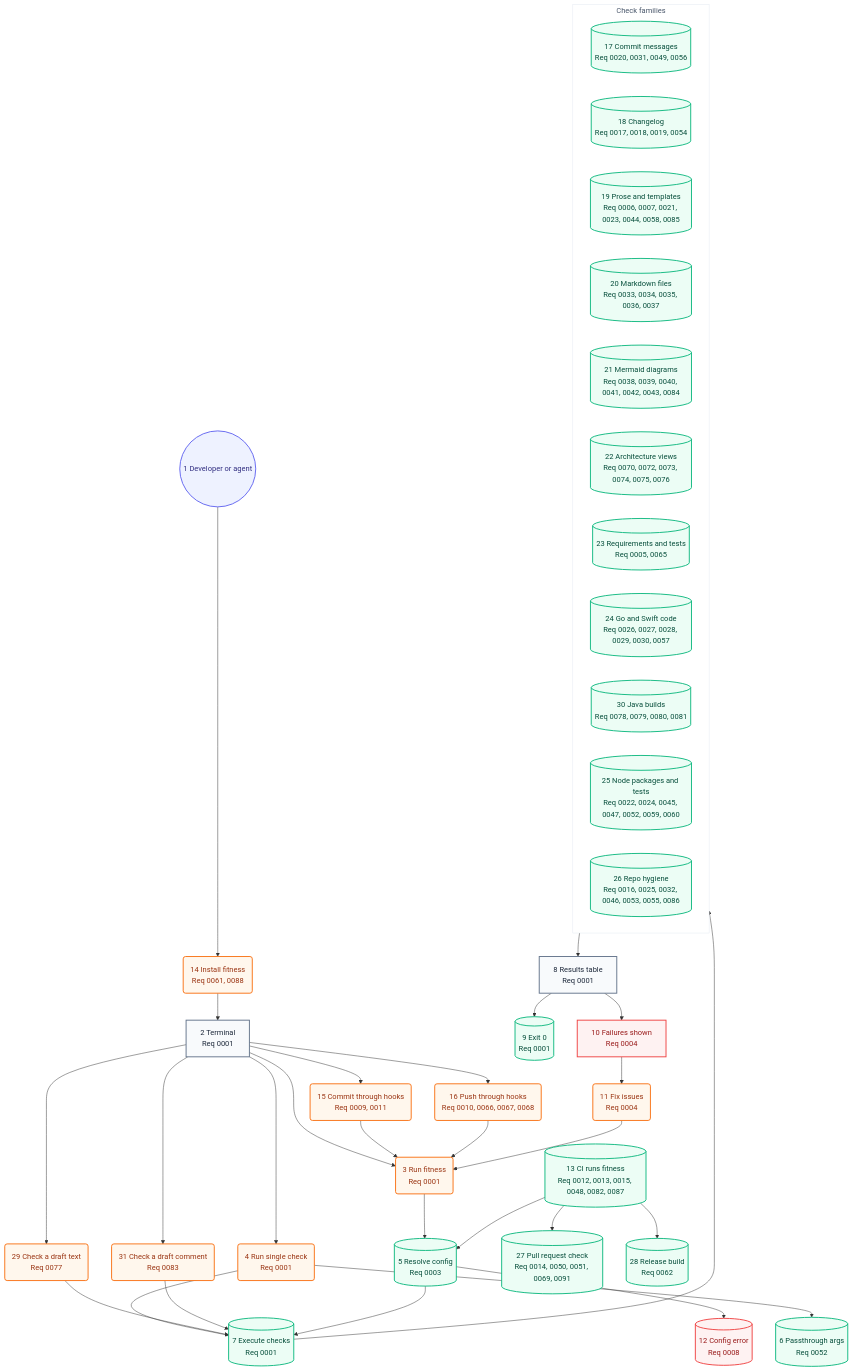
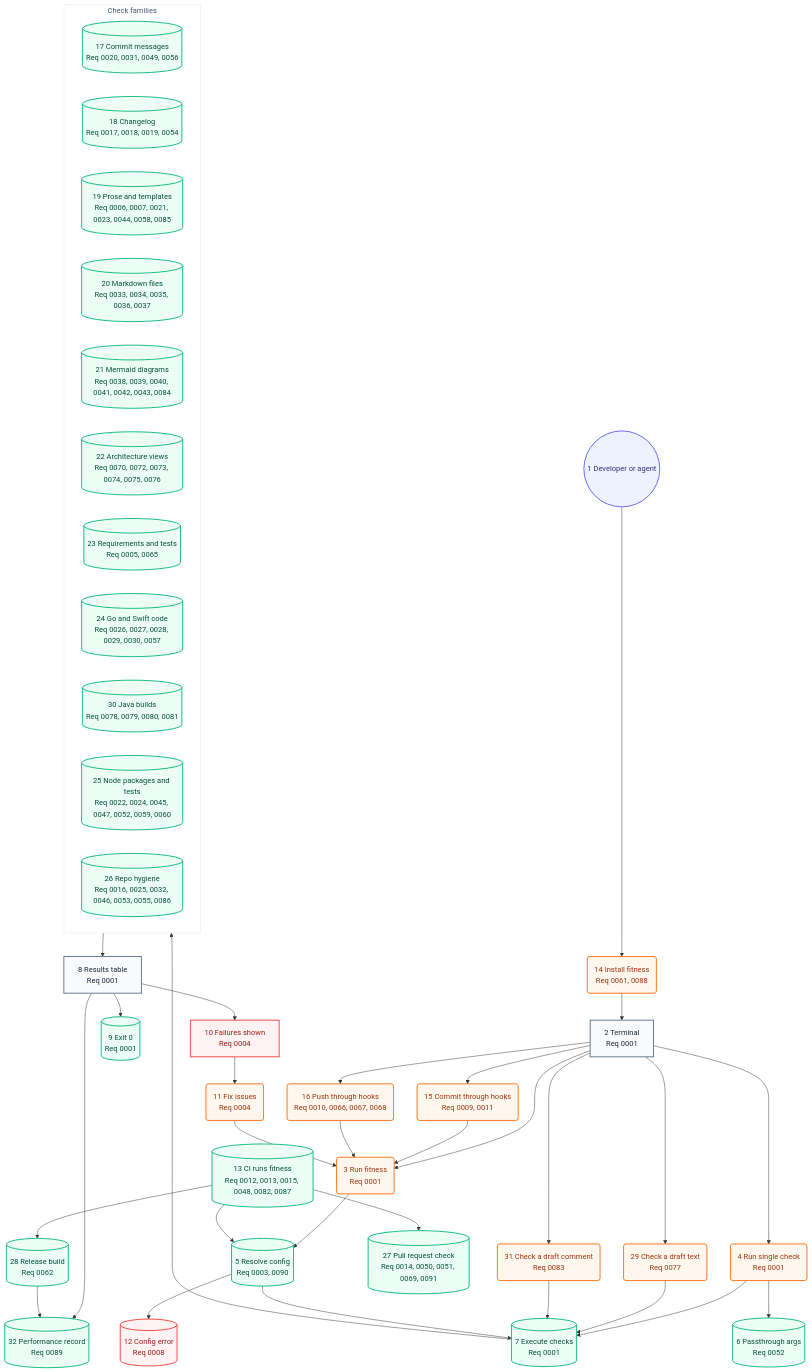
One commit to may-journal/fitness-runner changed the second of 2 diagrams in docs/architecture/05-user-journey.md. Above: the diagram before and after it, drawn with Mermaid. The commit also changed other lines of this file and 42 other files, not shown here.

First line of the commit message:
feat(fitness): record check performance, draw a box diagram, run local checks (#355)

````diff
--- a/docs/architecture/05-user-journey.md
+++ b/docs/architecture/05-user-journey.md
@@ -40,73 +40,76 @@
 ```mermaid
 flowchart TB
     dev((1 Developer or agent)):::persona
     install(14 Install fitness<br/>Req 0061, 0088):::action
     terminal[2 Terminal<br/>Req 0001]:::screen
     runFull(3 Run fitness<br/>Req 0001):::action
     runSingle(4 Run single check<br/>Req 0001):::action
     runBlob(29 Check a draft text<br/>Req 0077):::action
     runComment(31 Check a draft comment<br/>Req 0083):::action
     commitHook(15 Commit through hooks<br/>Req 0009, 0011):::action
     pushHook(16 Push through hooks<br/>Req 0010, 0066, 0067, 0068):::action
-    resolveConfig[(5 Resolve config<br/>Req 0003)]:::system
+    resolveConfig[(5 Resolve config<br/>Req 0003, 0090)]:::system
     passArgs[(6 Passthrough args<br/>Req 0052)]:::system
     executeChecks[(7 Execute checks<br/>Req 0001)]:::system
 
     subgraph checks["Check families"]
         commitChecks[(17 Commit messages<br/>Req 0020, 0031, 0049, 0056)]:::system
         changelogChecks[(18 Changelog<br/>Req 0017, 0018, 0019, 0054)]:::system
         proseChecks[(19 Prose and templates<br/>Req 0006, 0007, 0021, 0023, 0044, 0058, 0085)]:::system
         markdownChecks[(20 Markdown files<br/>Req 0033, 0034, 0035, 0036, 0037)]:::system
         mermaidChecks[(21 Mermaid diagrams<br/>Req 0038, 0039, 0040, 0041, 0042, 0043, 0084)]:::system
         architectureChecks[(22 Architecture views<br/>Req 0070, 0072, 0073, 0074, 0075, 0076)]:::system
         requirementChecks[(23 Requirements and tests<br/>Req 0005, 0065)]:::system
         goSwiftChecks[(24 Go and Swift code<br/>Req 0026, 0027, 0028, 0029, 0030, 0057)]:::system
         javaChecks[(30 Java builds<br/>Req 0078, 0079, 0080, 0081)]:::system
         nodeChecks[(25 Node packages and tests<br/>Req 0022, 0024, 0045, 0047, 0052, 0059, 0060)]:::system
         repoChecks[(26 Repo hygiene<br/>Req 0016, 0025, 0032, 0046, 0053, 0055, 0086)]:::system
     end
 
     resultsTable[8 Results table<br/>Req 0001]:::screen
     exitZero[(9 Exit 0<br/>Req 0001)]:::system
     failuresShown[10 Failures shown<br/>Req 0004]:::blocked
     fixIssues(11 Fix issues<br/>Req 0004):::action
     configError[(12 Config error<br/>Req 0008)]:::blocked
     ciRun[(13 CI runs fitness<br/>Req 0012, 0013, 0015, 0048, 0082, 0087)]:::system
     prCheck[(27 Pull request check<br/>Req 0014, 0050, 0051, 0069, 0091)]:::system
     release[(28 Release build<br/>Req 0062)]:::system
+    perfRecord[(32 Performance record<br/>Req 0089)]:::system
 
     dev --> install
     install --> terminal
     terminal --> runFull
     terminal --> runSingle
     terminal --> commitHook
     terminal --> pushHook
     terminal --> runBlob
     terminal --> runComment
     commitHook --> runFull
     pushHook --> runFull
     runFull --> resolveConfig
     runSingle --> executeChecks
     runSingle --> passArgs
     runBlob --> executeChecks
     runComment --> executeChecks
     resolveConfig --> executeChecks
     resolveConfig --> configError
     executeChecks --> checks
     checks --> resultsTable
     resultsTable --> exitZero
     resultsTable --> failuresShown
     failuresShown --> fixIssues
     fixIssues --> runFull
     ciRun --> resolveConfig
     ciRun --> prCheck
     ciRun --> release
+    resultsTable --> perfRecord
+    release --> perfRecord
 
     classDef persona fill:#eef2ff,stroke:#6366f1,color:#312e81,stroke-width:2px
     classDef screen fill:#f8fafc,stroke:#64748b,color:#1e293b,stroke-width:2px
     classDef action fill:#fff7ed,stroke:#f97316,color:#9a3412,stroke-width:2px
     classDef system fill:#ecfdf5,stroke:#10b981,color:#064e3b,stroke-width:2px
     classDef blocked fill:#fef2f2,stroke:#ef4444,color:#991b1b,stroke-width:2px
 
     style checks fill:#ffffff,stroke:#e2e8f0,color:#475569,stroke-width:1px
 ```
````
